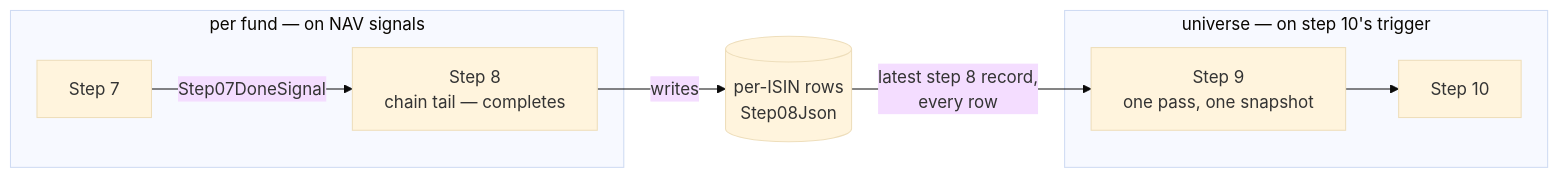
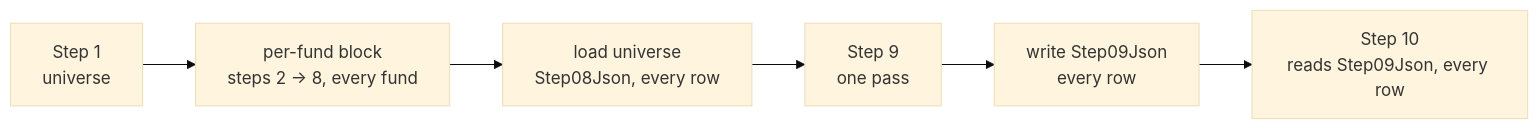
One commit to Muhomorik/FikaFinans changed the first of 2 diagrams in Docs/pipeline-redesign/09-universeenricher.md. Above: the diagram before and after it, drawn with Mermaid (base theme). The commit also changed other lines of this file and 2 other files, not shown here.

Commit message:
Update Step 9 UniverseEnricher documentation: define barrier requirement, clarify record structure and row criteria for processing, propose unified pass on Step 10 trigger, and detail new config/provider and logging needs.

````diff
--- a/Docs/pipeline-redesign/09-universeenricher.md
+++ b/Docs/pipeline-redesign/09-universeenricher.md
@@ -157,12 +62,8 @@
 ```mermaid
 flowchart LR
-  subgraph perfund["per fund — on NAV signals"]
-    s7["Step 7"] -->|"Step07DoneSignal"| s8["Step 8<br/>chain tail — completes"]
-  end
-  row[("per-ISIN rows<br/>Step08Json")]
-  s8 -->|"writes"| row
-  subgraph universe["universe — on step 10's trigger"]
-    s9["Step 9<br/>one pass, one snapshot"] --> s10["Step 10"]
-  end
-  row -->|"latest step 8 record,<br/>every row"| s9
+  s1["Step 1<br/>universe"] --> blk["per-fund block<br/>steps 2 → 8, every fund"]
+  blk --> load["load universe<br/>Step08Json, every row"]
+  load --> s9["Step 9<br/>one pass"]
+  s9 --> w9["write Step09Json<br/>every row"]
+  w9 --> s10["Step 10<br/>reads Step09Json, every row"]
 ```
````
